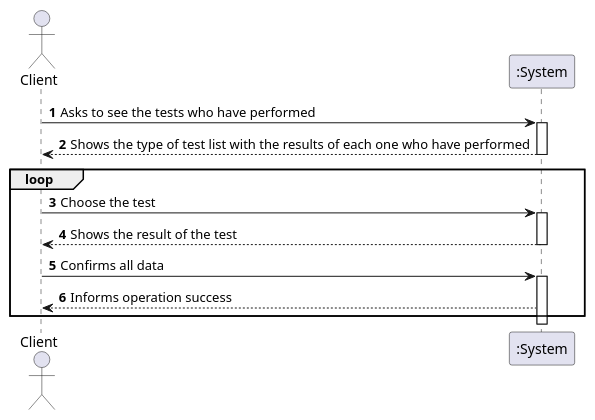
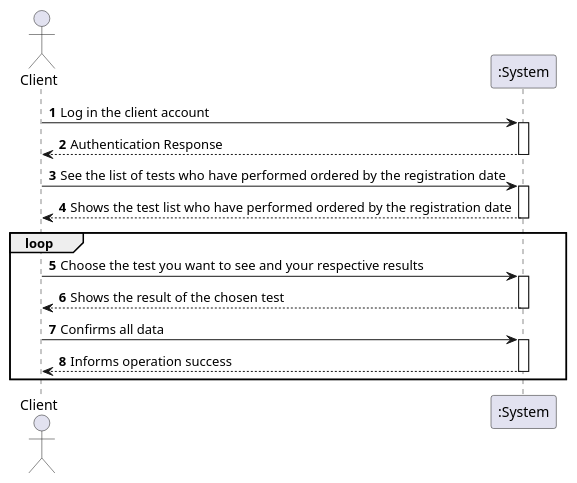
Before and after one commit to GuilhermeCunha79/lapr2: the diagram in docs/SprintD/US1/US1_SSD.puml, drawn with PlantUML. The commit also changed 8 other files, not shown here.

Commit message:
US1 Diagrams US1 implementation and test

```diff
--- a/docs/SprintD/US1/US1_SSD.puml
+++ b/docs/SprintD/US1/US1_SSD.puml
@@ -1,23 +1,29 @@
 @startuml
 autonumber
 'hide footbox
 actor "Client" as CLIENT
 
 participant ":System" as SYSTEM
 
-CLIENT -> SYSTEM : Asks to see the tests who have performed
+CLIENT -> SYSTEM : Log in the client account
 activate SYSTEM
 
-SYSTEM --> CLIENT : Shows the type of test list with the results of each one who have performed
+SYSTEM --> CLIENT : Authentication Response
+deactivate SYSTEM
+
+CLIENT -> SYSTEM : See the list of tests who have performed ordered by the registration date
+activate SYSTEM
+SYSTEM --> CLIENT : Shows the test list who have performed ordered by the registration date
 deactivate SYSTEM
 loop
-CLIENT -> SYSTEM : Choose the test
+CLIENT -> SYSTEM : Choose the test you want to see and your respective results
 activate SYSTEM
-SYSTEM --> CLIENT : Shows the result of the test
+SYSTEM --> CLIENT : Shows the result of the chosen test
 deactivate SYSTEM
-
 CLIENT -> SYSTEM : Confirms all data
 activate SYSTEM
 SYSTEM --> CLIENT : Informs operation success
+deactivate SYSTEM
 end
+
 @enduml
```
